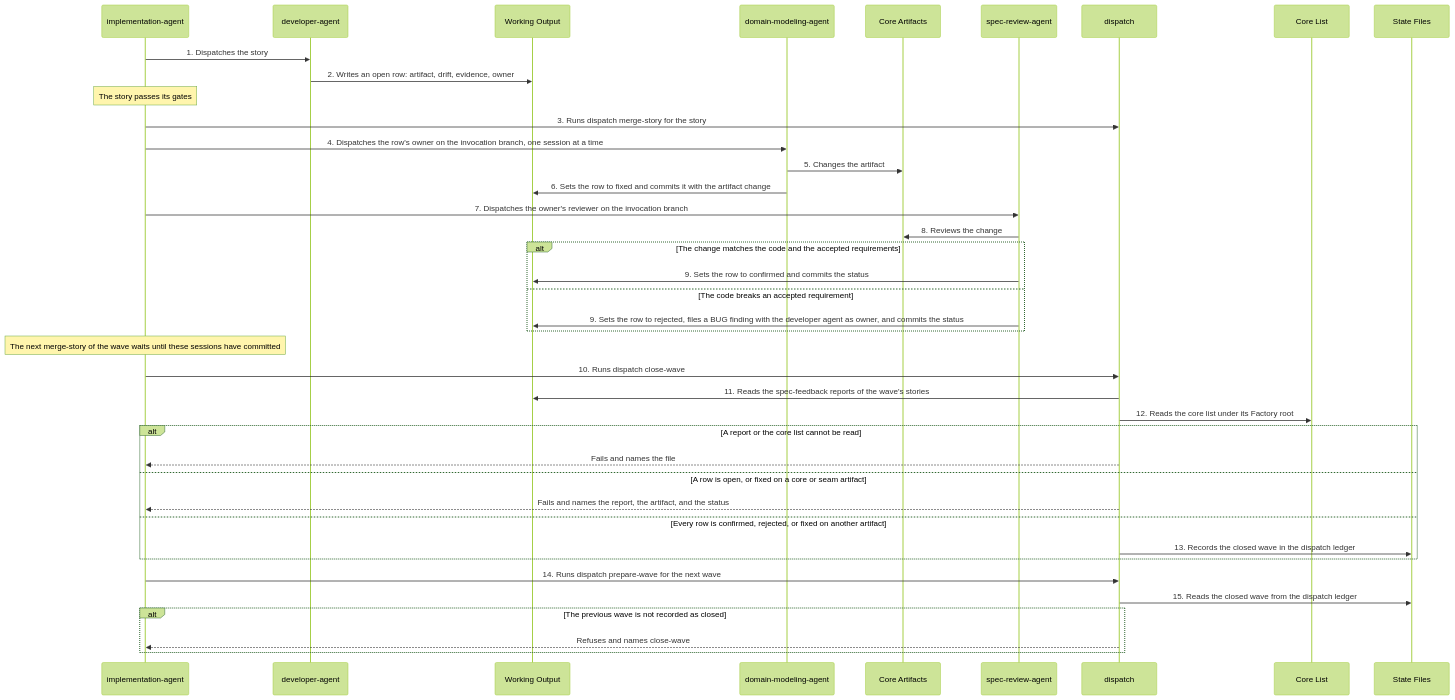
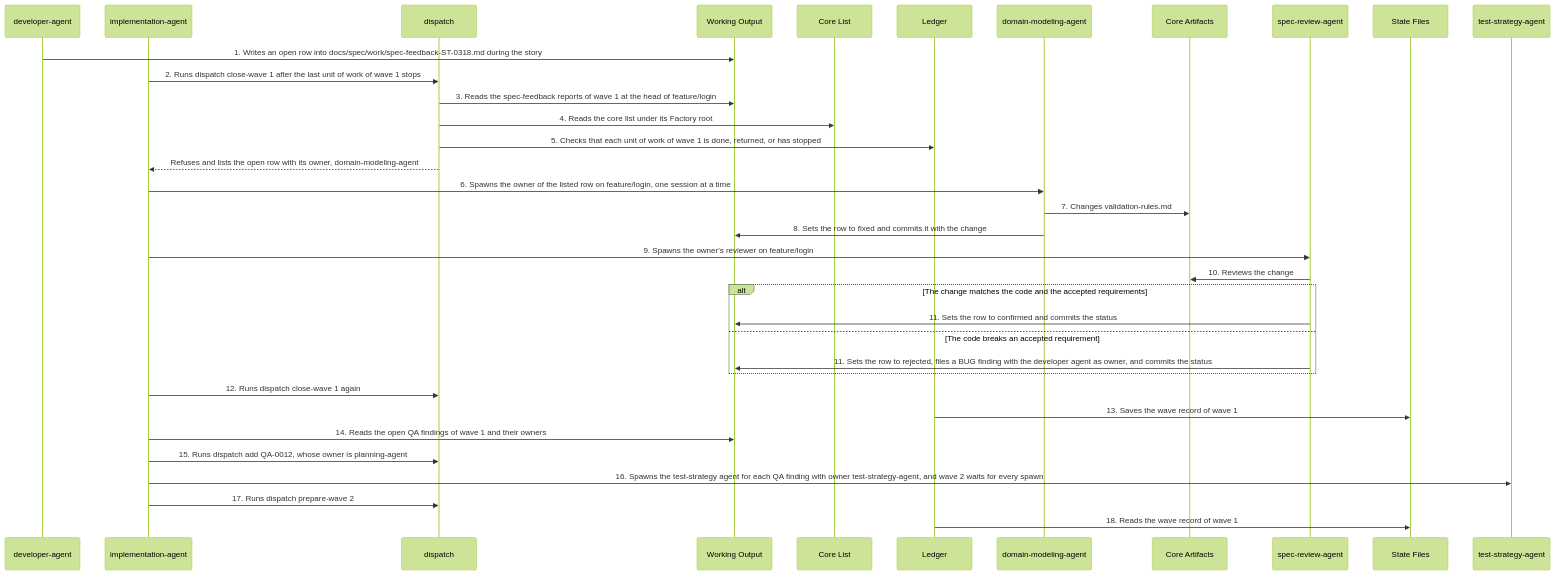
Diagram 20 of 34 in docs/arc42/06_runtime_view.md (matthiasdaues/agent_factory), drawn with Mermaid (forest theme) before and after one commit. The commit also changed other lines of this file and 67 other files, not shown here.

First line of the commit message:
docs: update the architecture for the run lifecycle (ADR-0037 to ADR-0040, ARCH-0403)

````diff
--- a/docs/arc42/06_runtime_view.md
+++ b/docs/arc42/06_runtime_view.md
@@ -702,43 +699,38 @@
 ```mermaid
 sequenceDiagram
+    participant DA as developer-agent
     participant IA as implementation-agent
-    participant DA as developer-agent
+    participant D as dispatch
     participant WO as Working Output
+    participant CL as Core List
+    participant L as Ledger
     participant DMA as domain-modeling-agent
     participant CA as Core Artifacts
     participant SRA as spec-review-agent
-    participant D as dispatch
-    participant CL as Core List
     participant SF as State Files
+    participant TSA as test-strategy-agent
 
-    IA->>DA: 1. Dispatches the story
-    DA->>WO: 2. Writes an open row: artifact, drift, evidence, owner
-    Note over IA: The story passes its gates
-    IA->>D: 3. Runs dispatch merge-story for the story
-    IA->>DMA: 4. Dispatches the row's owner on the invocation branch, one session at a time
-    DMA->>CA: 5. Changes the artifact
-    DMA->>WO: 6. Sets the row to fixed and commits it with the artifact change
-    IA->>SRA: 7. Dispatches the owner's reviewer on the invocation branch
-    SRA->>CA: 8. Reviews the change
+    DA->>WO: 1. Writes an open row into docs/spec/work/spec-feedback-ST-0318.md during the story
+    IA->>D: 2. Runs dispatch close-wave 1 after the last unit of work of wave 1 stops
+    D->>WO: 3. Reads the spec-feedback reports of wave 1 at the head of feature/login
+    D->>CL: 4. Reads the core list under its Factory root
+    D->>L: 5. Checks that each unit of work of wave 1 is done, returned, or has stopped
+    D-->>IA: Refuses and lists the open row with its owner, domain-modeling-agent
+    IA->>DMA: 6. Spawns the owner of the listed row on feature/login, one session at a time
+    DMA->>CA: 7. Changes validation-rules.md
+    DMA->>WO: 8. Sets the row to fixed and commits it with the change
+    IA->>SRA: 9. Spawns the owner's reviewer on feature/login
+    SRA->>CA: 10. Reviews the change
     alt The change matches the code and the accepted requirements
-        SRA->>WO: 9. Sets the row to confirmed and commits the status
+        SRA->>WO: 11. Sets the row to confirmed and commits the status
     else The code breaks an accepted requirement
-        SRA->>WO: 9. Sets the row to rejected, files a BUG finding with the developer agent as owner, and commits the status
+        SRA->>WO: 11. Sets the row to rejected, files a BUG finding with the developer agent as owner, and commits the status
     end
-    Note over IA: The next merge-story of the wave waits until these sessions have committed
-    IA->>D: 10. Runs dispatch close-wave
-    D->>WO: 11. Reads the spec-feedback reports of the wave's stories
-    D->>CL: 12. Reads the core list under its Factory root
-    alt A report or the core list cannot be read
-        D-->>IA: Fails and names the file
-    else A row is open, or fixed on a core or seam artifact
-        D-->>IA: Fails and names the report, the artifact, and the status
-    else Every row is confirmed, rejected, or fixed on another artifact
-        D->>SF: 13. Records the closed wave in the dispatch ledger
-    end
-    IA->>D: 14. Runs dispatch prepare-wave for the next wave
-    D->>SF: 15. Reads the closed wave from the dispatch ledger
-    alt The previous wave is not recorded as closed
-        D-->>IA: Refuses and names close-wave
-    end
+    IA->>D: 12. Runs dispatch close-wave 1 again
+    L->>SF: 13. Saves the wave record of wave 1
+    IA->>WO: 14. Reads the open QA findings of wave 1 and their owners
+    IA->>D: 15. Runs dispatch add QA-0012, whose owner is planning-agent
+    IA->>TSA: 16. Spawns the test-strategy agent for each QA finding with owner test-strategy-agent, and wave 2 waits for every spawn
+    IA->>D: 17. Runs dispatch prepare-wave 2
+    L->>SF: 18. Reads the wave record of wave 1
 ```
````
